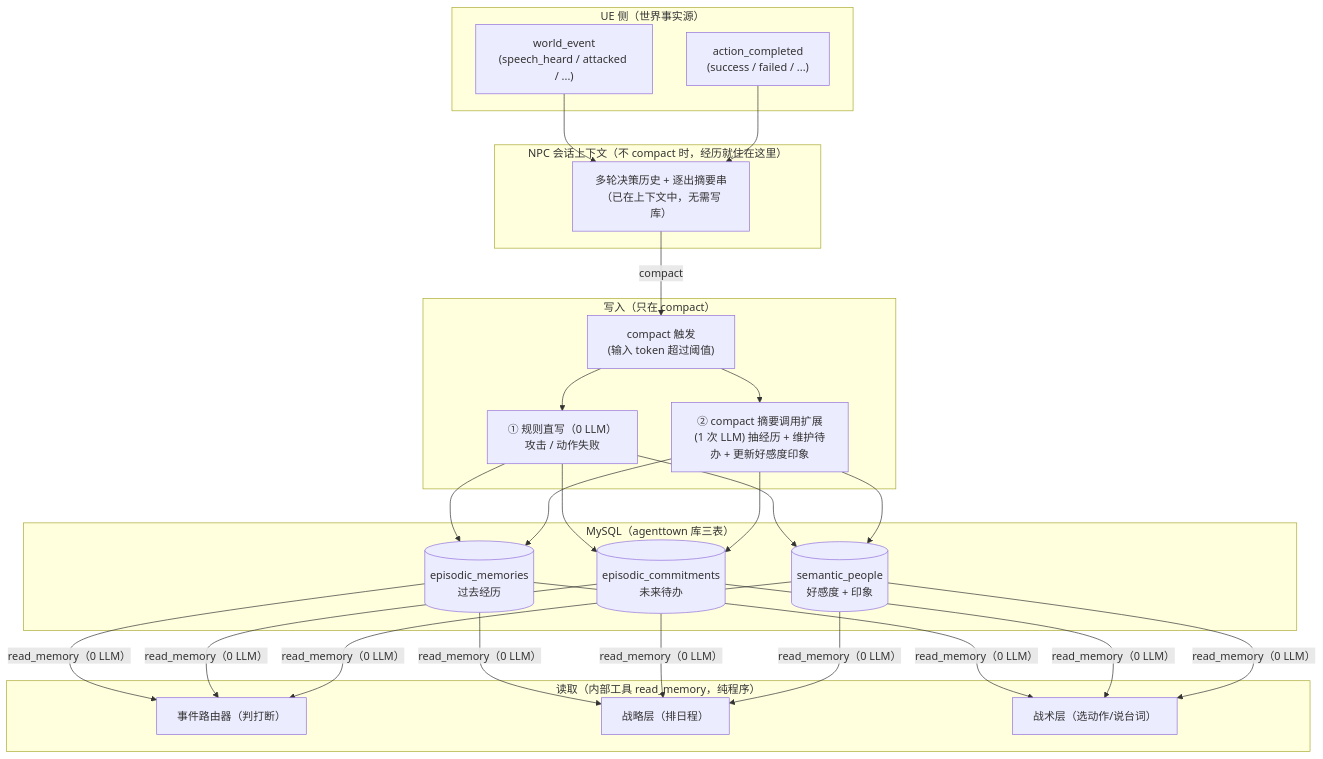
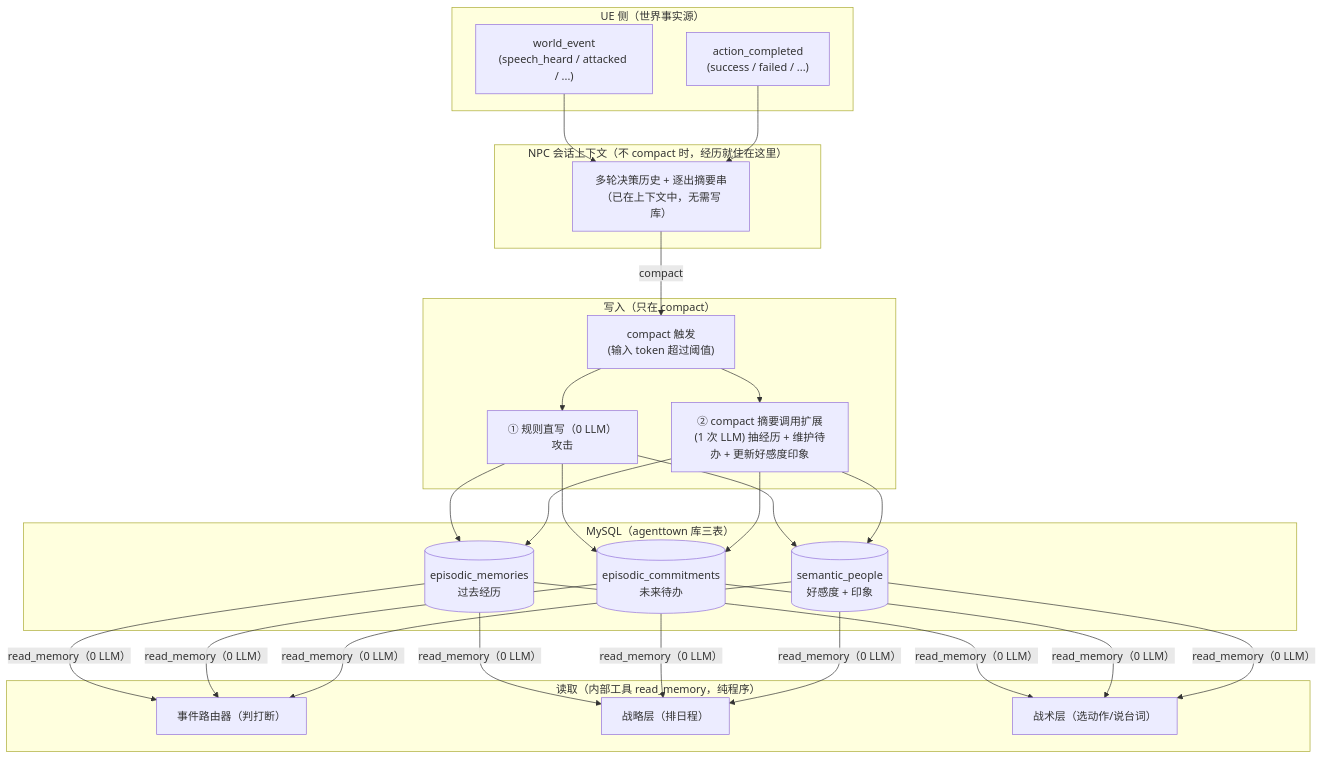
The diagram in docs/AgentTown_LongTermMemory_SQLite_Design.md (yitian-chen/SmartNPC), drawn with Mermaid before and after one commit. The commit also changed other lines of this file and 4 other files, not shown here.

````diff
--- a/docs/AgentTown_LongTermMemory_SQLite_Design.md
+++ b/docs/AgentTown_LongTermMemory_SQLite_Design.md
@@ -17,35 +17,35 @@
 ```mermaid
 flowchart TB
     subgraph UE["UE 侧（世界事实源）"]
         EV["world_event<br/>(speech_heard / attacked / ...)"]
         AC["action_completed<br/>(success / failed / ...)"]
     end
 
     subgraph Ctx["NPC 会话上下文（不 compact 时，经历就住在这里）"]
         CV["多轮决策历史 + 逐出摘要串<br/>（已在上下文中，无需写库）"]
     end
 
     subgraph Write["写入（只在 compact）"]
         W1["compact 触发<br/>(输入 token 超过阈值)"]
-        W2["① 规则直写（0 LLM）<br/>攻击 / 动作失败"]
+        W2["① 规则直写（0 LLM）<br/>攻击"]
         W3["② compact 摘要调用扩展<br/>(1 次 LLM) 抽经历 + 维护待办 + 更新好感度印象"]
     end
 
     subgraph DB["MySQL（agenttown 库三表）"]
         T1[("episodic_memories<br/>过去经历")]
         T2[("episodic_commitments<br/>未来待办")]
         T3[("semantic_people<br/>好感度 + 印象")]
     end
 
     subgraph Read["读取（内部工具 read_memory，纯程序）"]
         R1["事件路由器（判打断）"]
         R2["战略层（排日程）"]
         R3["战术层（选动作/说台词）"]
     end
 
     EV & AC --> CV
     CV -->|compact| W1
     W1 --> W2 & W3
     W2 & W3 --> T1 & T2 & T3
     T1 & T2 & T3 -->|read_memory（0 LLM）| R1 & R2 & R3
 ```
````
